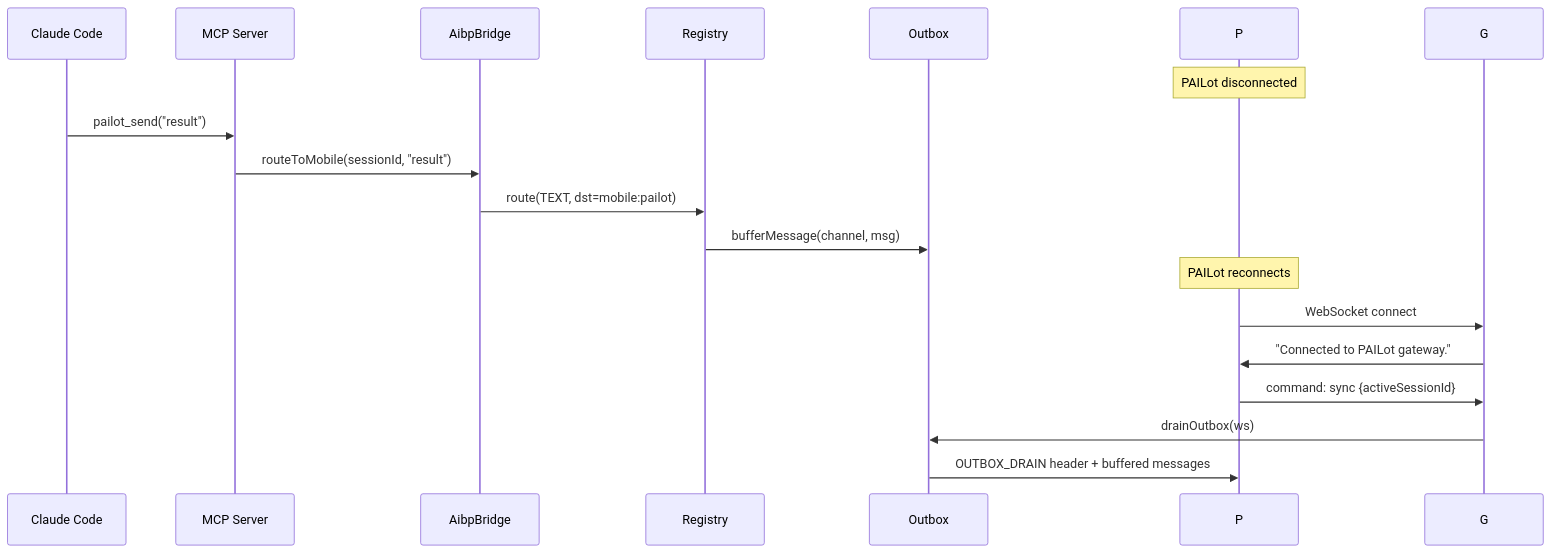
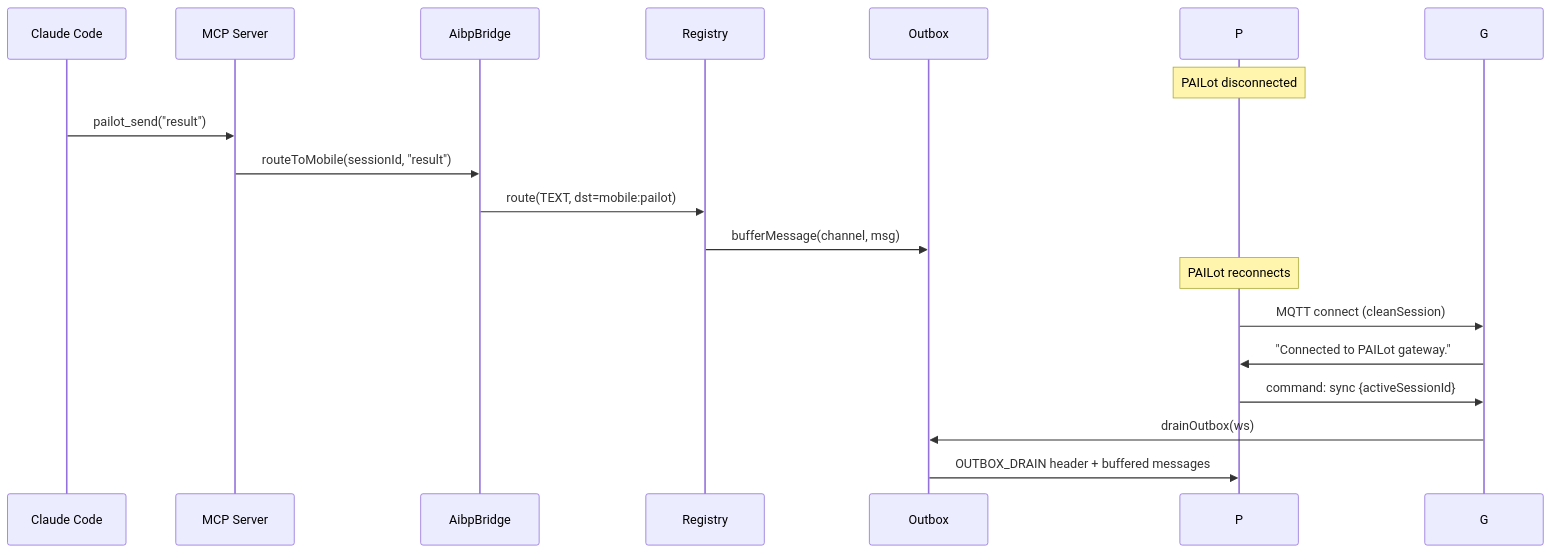
The third of 3 diagrams in docs/routing.md (mnott/AIBroker), drawn with Mermaid before and after one commit. The commit also changed other lines of this file and 23 other files, not shown here.

````diff
--- a/docs/routing.md
+++ b/docs/routing.md
@@ -291,23 +291,23 @@
 ```mermaid
 sequenceDiagram
     participant C as Claude Code
     participant M as MCP Server
     participant B as AibpBridge
     participant R as Registry
     participant OB as Outbox
 
     Note over P: PAILot disconnected
 
     C->>M: pailot_send("result")
     M->>B: routeToMobile(sessionId, "result")
     B->>R: route(TEXT, dst=mobile:pailot)
     R->>OB: bufferMessage(channel, msg)
 
     Note over P: PAILot reconnects
 
-    P->>G: WebSocket connect
+    P->>G: MQTT connect (cleanSession)
     G->>P: "Connected to PAILot gateway."
     P->>G: command: sync {activeSessionId}
     G->>OB: drainOutbox(ws)
     OB->>P: OUTBOX_DRAIN header + buffered messages
 ```
````
